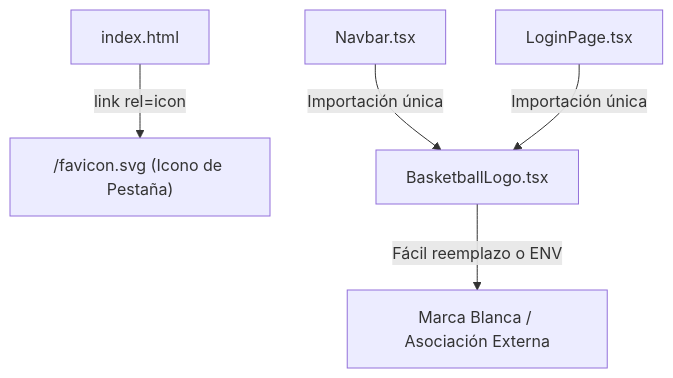
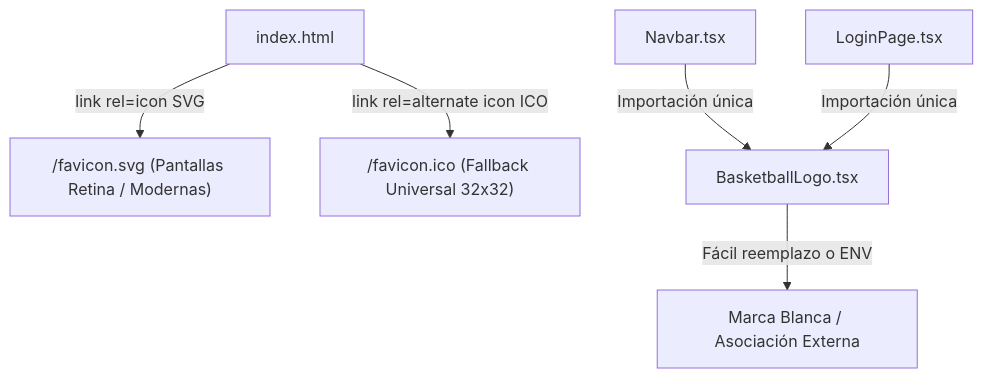
One commit to MartinTCorrea/proyecto-capstone-frontend changed the diagram in docs/avance-pr28.md. Above: the diagram before and after it, drawn with Mermaid. The commit also changed other lines of this file and 3 other files, not shown here.

Commit message:
fix(web): arquitectura dual de favicons svg e ico para compatibilidad nativa universal

````diff
--- a/docs/avance-pr28.md
+++ b/docs/avance-pr28.md
@@ -36,7 +38,8 @@
 ```mermaid
 graph TD
-    A[index.html] -->|link rel=icon| B["/favicon.svg (Icono de Pestaña)"]
+    A[index.html] -->|link rel=icon SVG| B["/favicon.svg (Pantallas Retina / Modernas)"]
+    A -->|link rel=alternate icon ICO| G["/favicon.ico (Fallback Universal 32x32)"]
     C[Navbar.tsx] -->|Importación única| D["BasketballLogo.tsx"]
     E[LoginPage.tsx] -->|Importación única| D
     D -->|Fácil reemplazo o ENV| F[Marca Blanca / Asociación Externa]
 ```
````
